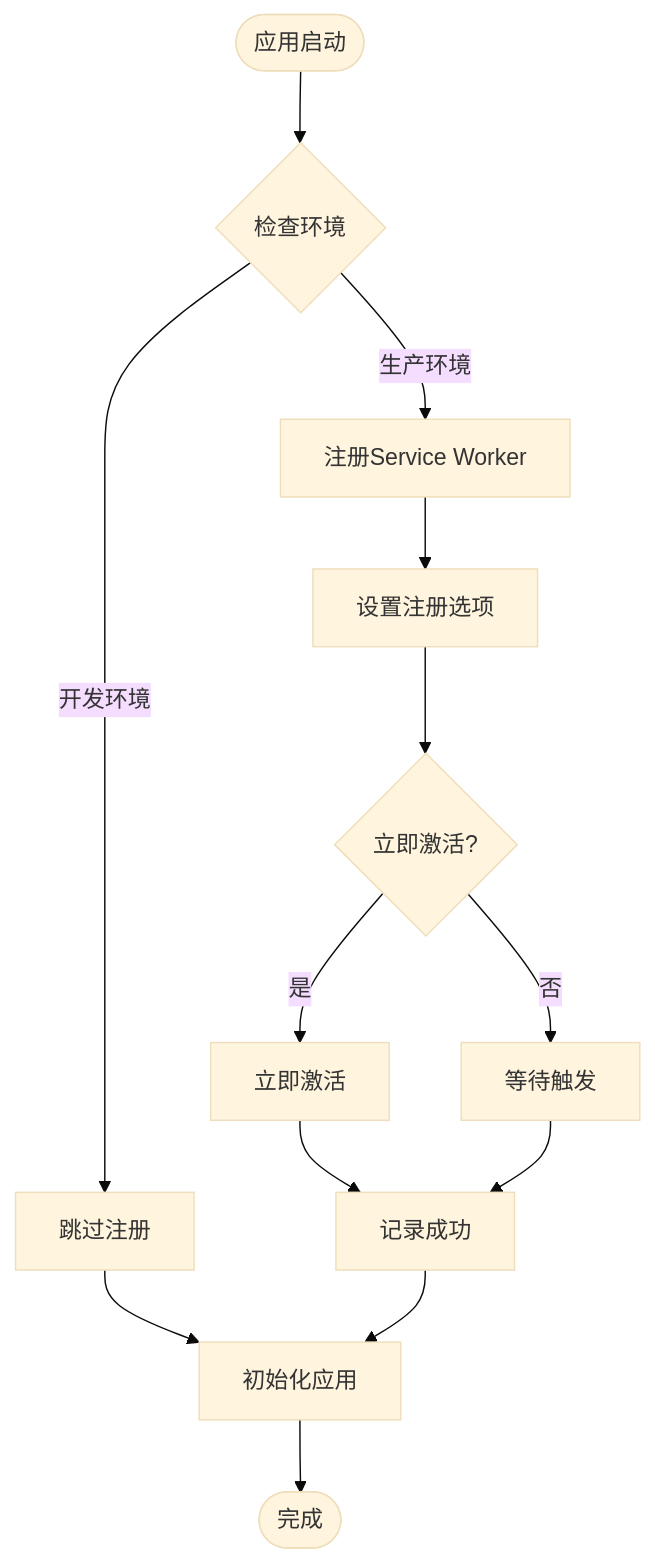
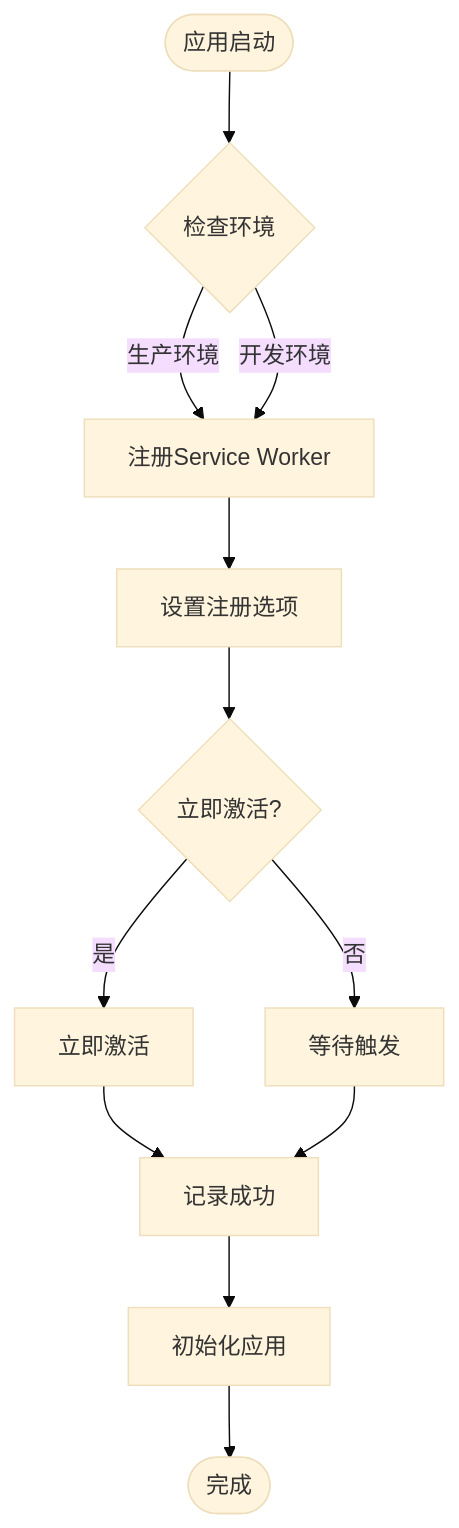
The third of 6 diagrams in .qoder/repowiki/zh/content/核心系统/PWA支持系统.md (giserman001/vue3-vant4-mobile), drawn with Mermaid (base theme) before and after one commit. The commit also changed other lines of this file and 9 other files, not shown here.

````diff
--- a/.qoder/repowiki/zh/content/核心系统/PWA支持系统.md
+++ b/.qoder/repowiki/zh/content/核心系统/PWA支持系统.md
@@ -164,15 +164,14 @@
 ```mermaid
 flowchart TD
 Start([应用启动]) --> CheckEnv{检查环境}
 CheckEnv --> |生产环境| RegisterSW[注册Service Worker]
-CheckEnv --> |开发环境| SkipSW[跳过注册]
+CheckEnv --> |开发环境| RegisterSW
 RegisterSW --> SetOptions[设置注册选项]
 SetOptions --> Immediate{立即激活?}
 Immediate --> |是| ActivateSW[立即激活]
 Immediate --> |否| WaitSW[等待触发]
 ActivateSW --> LogSuccess[记录成功]
 WaitSW --> LogSuccess
-SkipSW --> InitApp[初始化应用]
-LogSuccess --> InitApp
+LogSuccess --> InitApp[初始化应用]
 InitApp --> End([完成])
 ```
````
